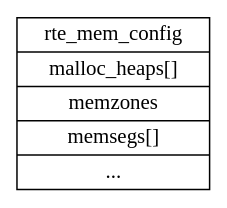
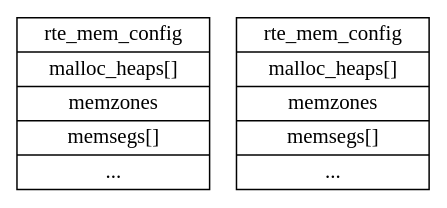
Before and after one commit to sisyphus1212/note: the diagram in dpdk/内存管理.md, drawn with Graphviz.

Commit message:
auto_update

````diff
--- a/dpdk/内存管理.md
+++ b/dpdk/内存管理.md
@@ -16,24 +16,24 @@
 ```graphviz
 digraph {
 	rte_mem_config[
 		label = "{
 		rte_mem_config|
         malloc_heaps[]|
 		memzones|
 		memsegs[]|
 		...
 		}",
 		shape = "record"
 	];
-	rte_mem_config[
+	rte_fbarray[
 		label = "{
 		rte_mem_config|
         malloc_heaps[]|
 		memzones|
 		memsegs[]|
 		...
 		}",
 		shape = "record"
 	];
 }
 ```
````
